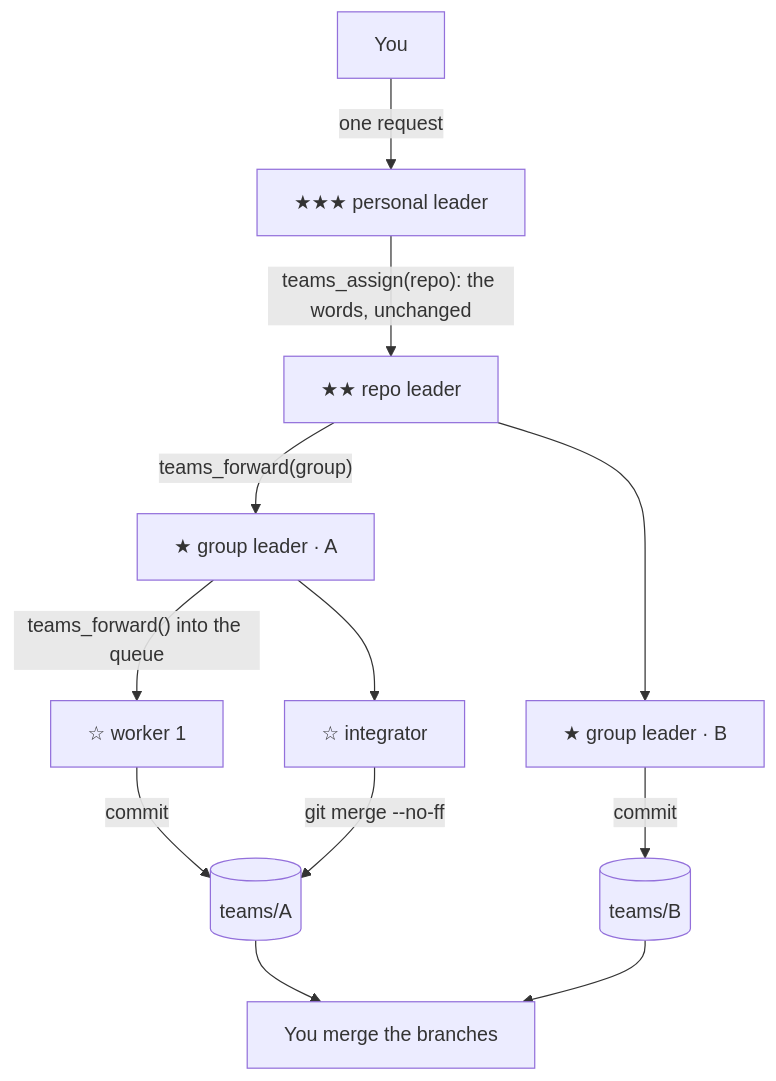
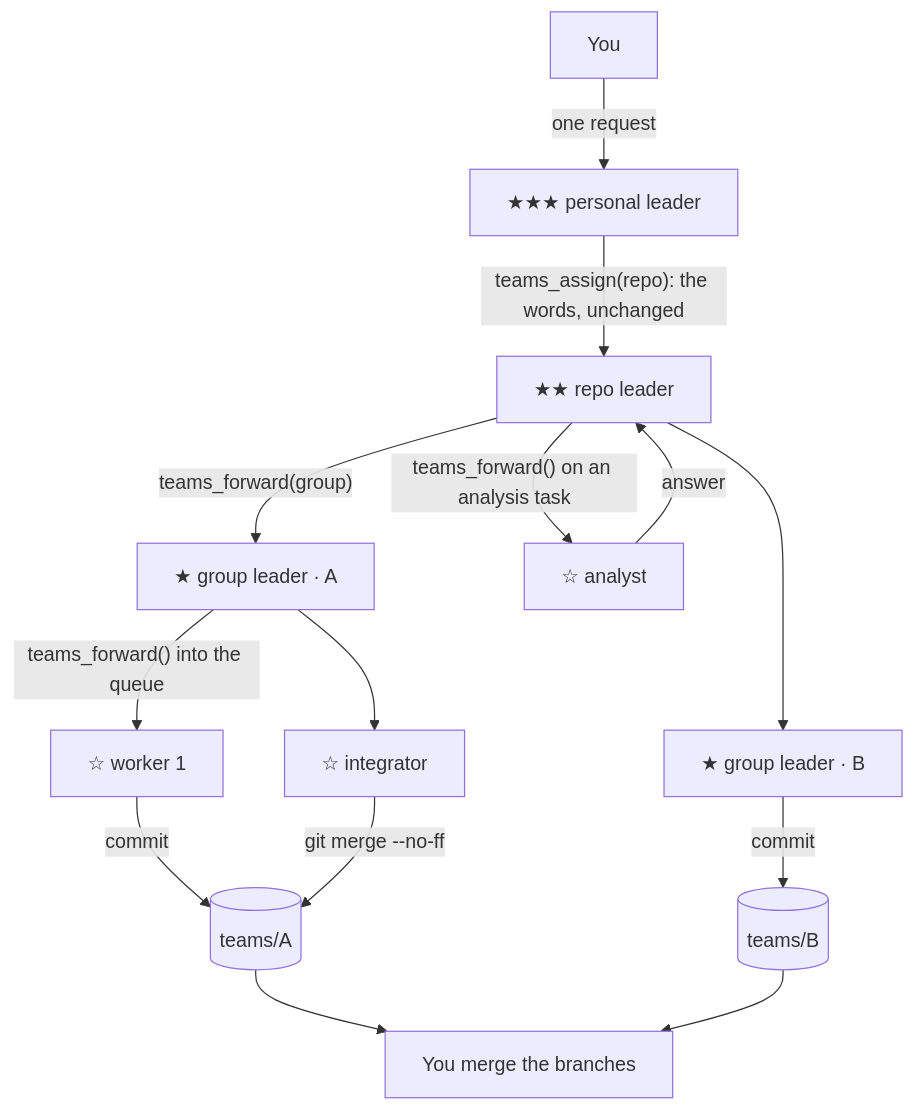
The diagram in README.md (magic3007/omp-teams), drawn with Mermaid before and after one commit. The commit also changed other lines of this file and 1 other file, not shown here.

````diff
--- a/README.md
+++ b/README.md
@@ -126,14 +126,16 @@
 ```mermaid
 flowchart TD
   H[You] -->|one request| P["★★★ personal leader"]
   P -->|"teams_assign(repo): the words, unchanged"| R["★★ repo leader"]
   R -->|"teams_forward(group)"| GA["★ group leader · A"]
   R --> GB["★ group leader · B"]
+  R -->|"teams_forward() on an analysis task"| AN["☆ analyst"]
+  AN -->|answer| R
   GA -->|"teams_forward() into the queue"| WA["☆ worker 1"]
   GA --> IA["☆ integrator"]
   WA -->|commit| BRA[("teams/A")]
   IA -->|git merge --no-ff| BRA
   GB -->|commit| BRB[("teams/B")]
   BRA --> D["You merge the branches"]
   BRB --> D
 ```
````
